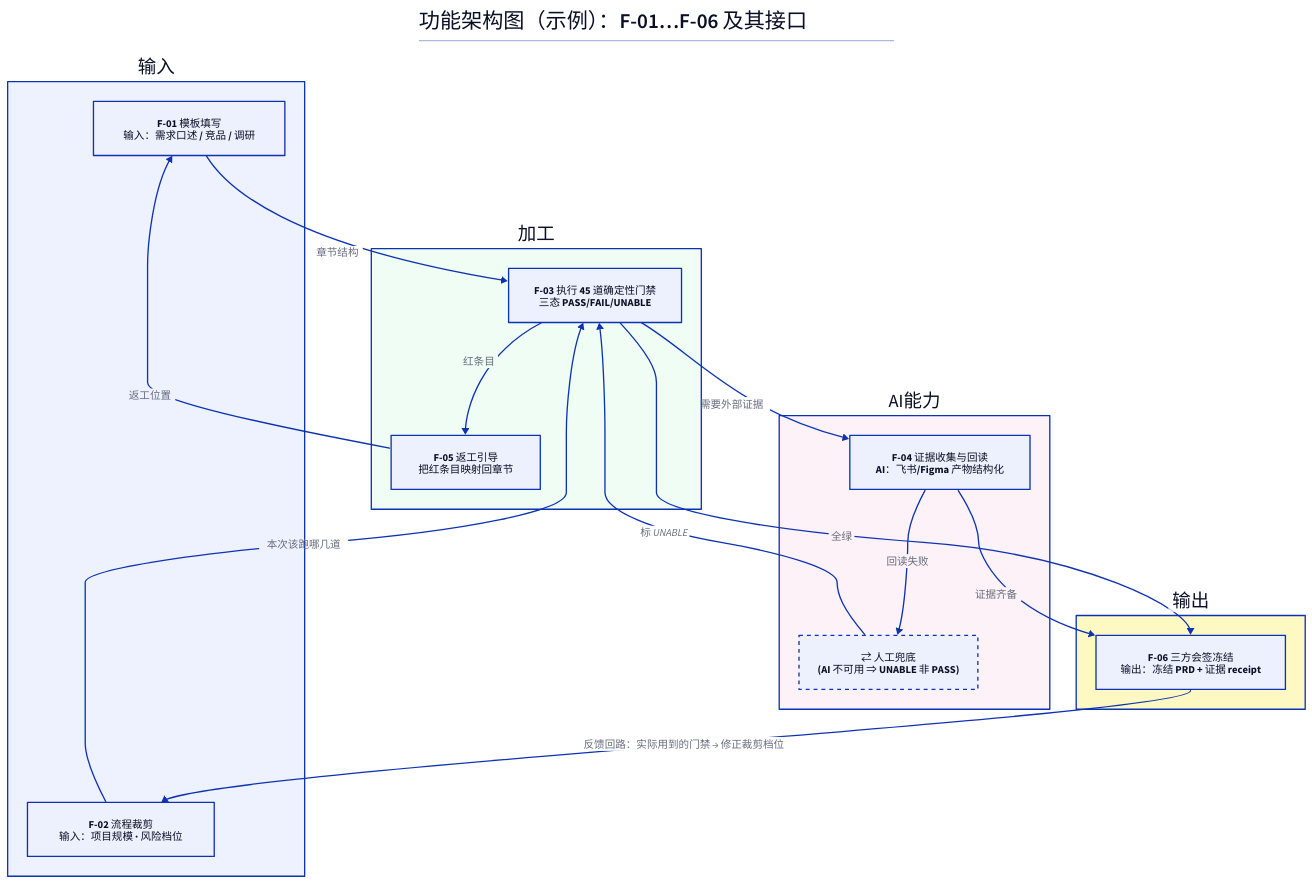
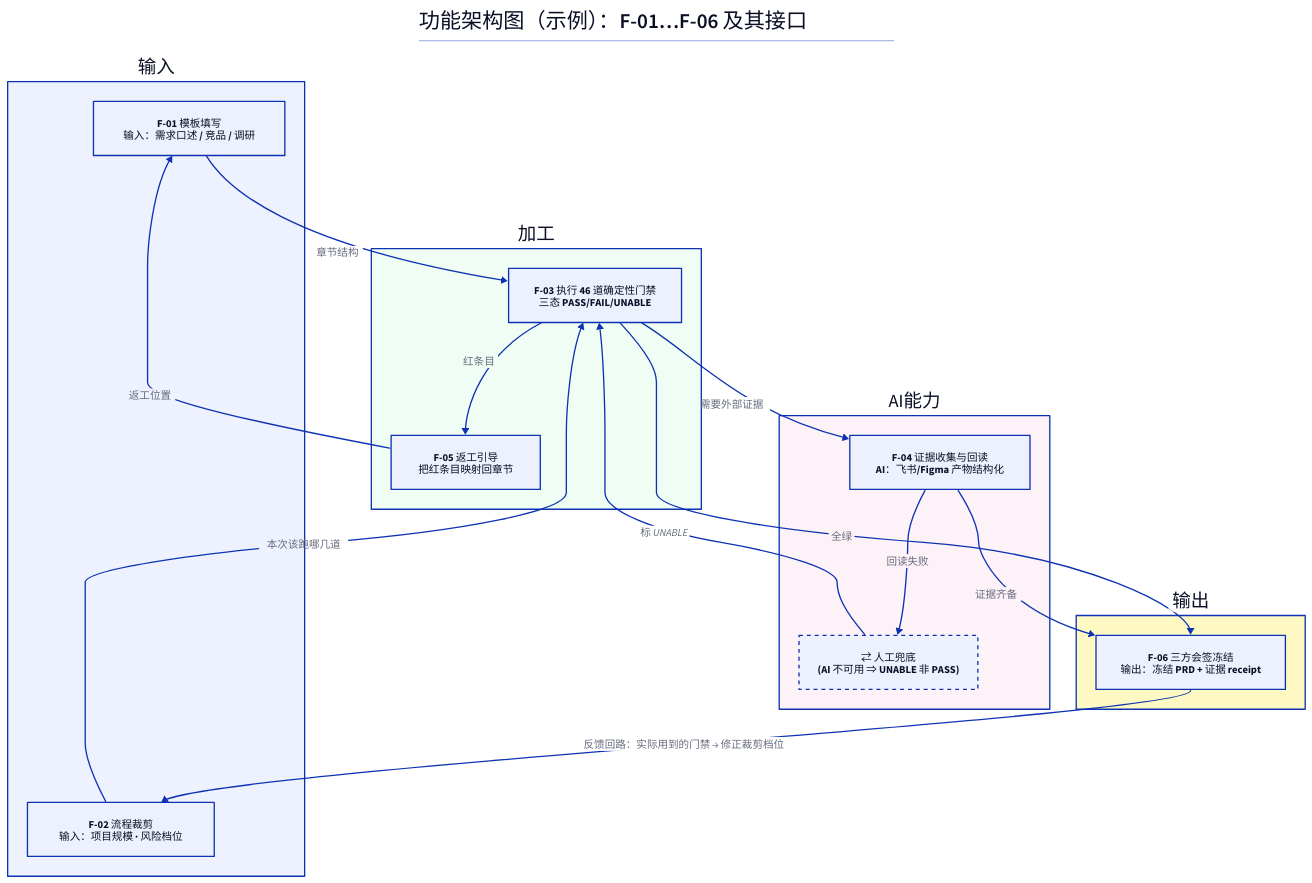
One commit to songyang753-cloud/sybuilder changed the diagram in skills/product-flow/templates/diagrams/functional-architecture.example.d2. Above: the diagram before and after it, drawn with D2. The commit also changed 18 other files, not shown here.

```diff
--- a/skills/product-flow/templates/diagrams/functional-architecture.example.d2
+++ b/skills/product-flow/templates/diagrams/functional-architecture.example.d2
@@ -1,47 +1,47 @@
 # 功能架构图（示例）— 对象：product-flow，对应 PRD 6.2 功能清单
 # 判据见 references/diagram-standards.md 第 2 节（SEBoK 功能架构六项）。
 # ⛔ 节点 ID 只能是 F-xx 一族 —— 混进 FR-001（附件 A 的细一层）即颗粒度越级，门禁会红。
 # ⚠️ 它不是「功能结构图/功能清单」：清单是树，功能架构图必须画**功能之间的接口与数据流**。
 
 direction: down
 title: |md # 功能架构图（示例）：F-01…F-06 及其接口 | {near: top-center}
 
 输入: {
   style.fill: "#EEF2FF"
   F-01: "F-01 模板填写\n输入：需求口述 / 竞品 / 调研"
   F-02: "F-02 流程裁剪\n输入：项目规模 · 风险档位"
 }
 
 加工: {
   style.fill: "#F0FDF4"
-  F-03: "F-03 执行 45 道确定性门禁\n三态 PASS/FAIL/UNABLE"
+  F-03: "F-03 执行 46 道确定性门禁\n三态 PASS/FAIL/UNABLE"
   F-05: "F-05 返工引导\n把红条目映射回章节"
 }
 
 # ⭐ AI 追加档（团队约定，标准无规定）：AI 参与的功能要显式画出
 #   「推理」与「兜底」两条路径，⛔ 不许只画推理那条。
 AI能力: {
   style.fill: "#FDF2F8"
   F-04: "F-04 证据收集与回读\nAI：飞书/Figma 产物结构化"
   兜底: "⇄ 人工兜底\n(AI 不可用 ⇒ UNABLE 非 PASS)" {style.stroke-dash: 3}
 }
 
 输出: {
   style.fill: "#FEF9C3"
   F-06: "F-06 三方会签冻结\n输出：冻结 PRD + 证据 receipt"
 }
 
 输入.F-01 -> 加工.F-03: 章节结构
 输入.F-02 -> 加工.F-03: 本次该跑哪几道
 加工.F-03 -> 加工.F-05: 红条目
 加工.F-05 -> 输入.F-01: 返工位置
 加工.F-03 -> AI能力.F-04: 需要外部证据
 AI能力.F-04 -> AI能力.兜底: 回读失败
 AI能力.兜底 -> 加工.F-03: 标 UNABLE
 AI能力.F-04 -> 输出.F-06: 证据齐备
 加工.F-03 -> 输出.F-06: 全绿
 # ⭐ 反馈回路（SEBoK 六项里最常漏的一项）：冻结结论要回流去修裁剪规则
 输出.F-06 -> 输入.F-02: "反馈回路：实际用到的门禁 → 修正裁剪档位"
 
 # ⚠️ 这张图答不了：这些功能部署在哪几个进程/服务里（那是附件 N 技术架构图 C4 的事）、
 #    用户按什么顺序碰到它们（那是四章用户流程图的事）。
```
